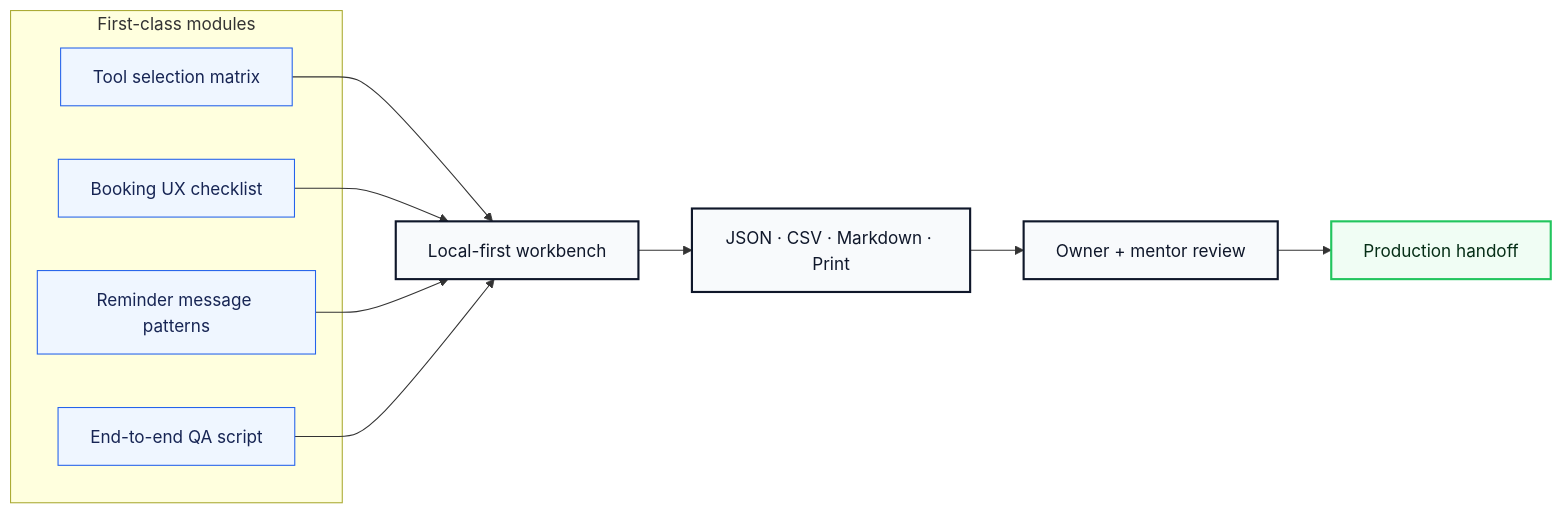
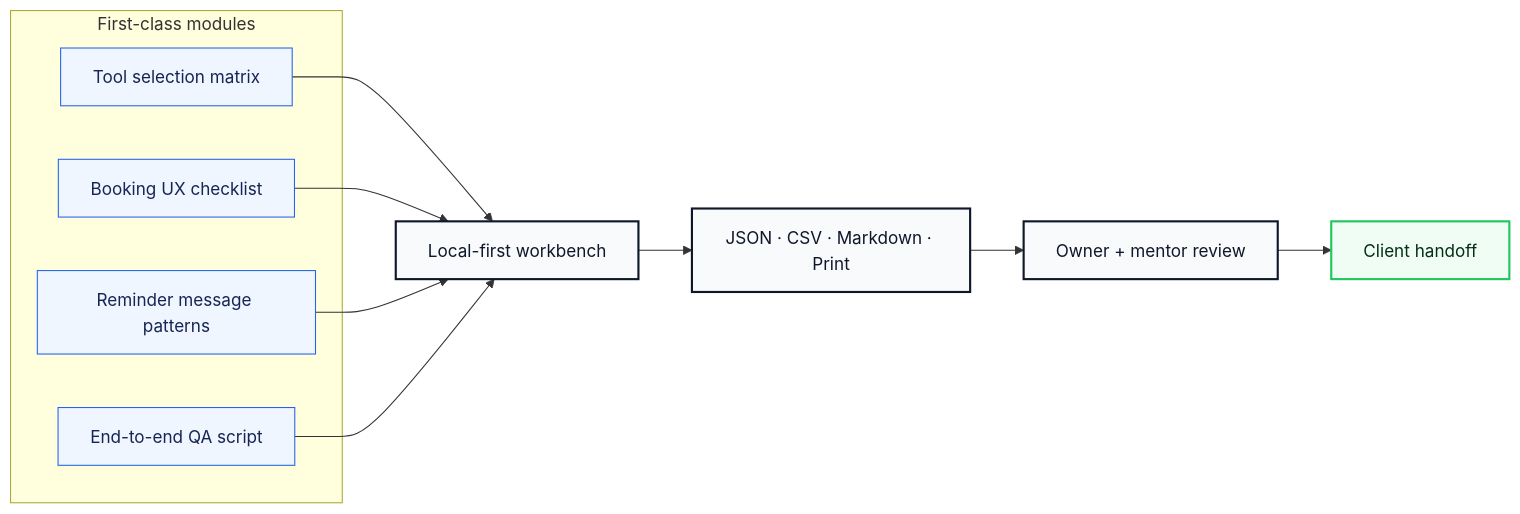
Before and after one commit to volta-npo/booking-flow-kit: the second of 3 diagrams in README.md, drawn with Mermaid. The commit also changed other lines of this file and 28 other files, not shown here.

````diff
--- a/README.md
+++ b/README.md
@@ -64,23 +64,23 @@
 ```mermaid
 flowchart LR
     subgraph Modules["First-class modules"]
         M1["Tool selection matrix"]
         M2["Booking UX checklist"]
         M3["Reminder message patterns"]
         M4["End-to-end QA script"]
     end
     M1 --> Workbench
     M2 --> Workbench
     M3 --> Workbench
     M4 --> Workbench
     Workbench["Local-first workbench"] --> Exports["JSON · CSV · Markdown · Print"]
     Exports --> Review["Owner + mentor review"]
-    Review --> Launch["Production handoff"]
+    Review --> Launch["Client handoff"]
 
     classDef module fill:#eff6ff,stroke:#2563eb,color:#172554;
     classDef app fill:#f8fafc,stroke:#0f172a,color:#0f172a,stroke-width:2px;
     classDef launch fill:#f0fdf4,stroke:#22c55e,color:#052e16,stroke-width:2px;
     class M1,M2,M3,M4 module;
     class Workbench,Exports,Review app;
     class Launch launch;
 ```
````
